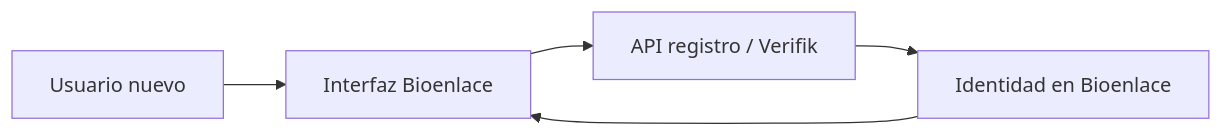
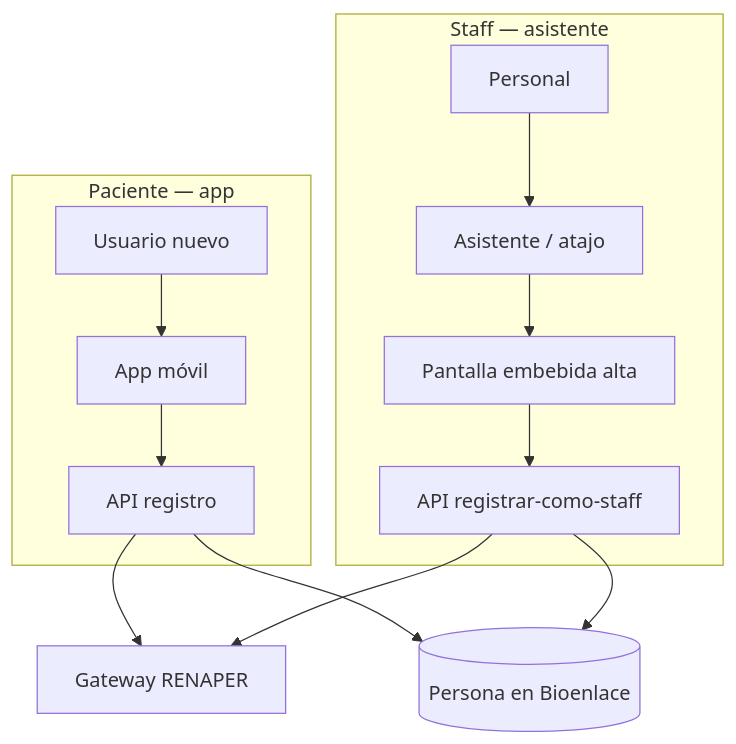
The diagram in web/docs/producto/apps-paciente-medico.md (luischanferoni/bioenlace), drawn with Mermaid before and after one commit. The commit also changed other lines of this file and 4 other files, not shown here.

````diff
--- a/web/docs/producto/apps-paciente-medico.md
+++ b/web/docs/producto/apps-paciente-medico.md
@@ -9,10 +11,20 @@
 ```mermaid
-flowchart LR
-  U[Usuario nuevo]
-  UI[Interfaz Bioenlace]
-  API[API registro / Verifik]
-  MPI[Identidad en Bioenlace]
-  U --> UI --> API
-  API --> MPI
-  MPI --> UI
+flowchart TB
+  subgraph paciente [Paciente — app]
+    PU[Usuario nuevo]
+    PAPP[App móvil]
+    PAPI[API registro]
+  end
+  subgraph staff [Staff — asistente]
+    SU[Personal]
+    AS[Asistente / atajo]
+    WEB[Pantalla embebida alta]
+    SAPI[API registrar-como-staff]
+  end
+  REN[Gateway RENAPER]
+  LOC[(Persona en Bioenlace)]
+  PU --> PAPP --> PAPI --> REN
+  PAPI --> LOC
+  SU --> AS --> WEB --> SAPI --> REN
+  SAPI --> LOC
 ```
````
